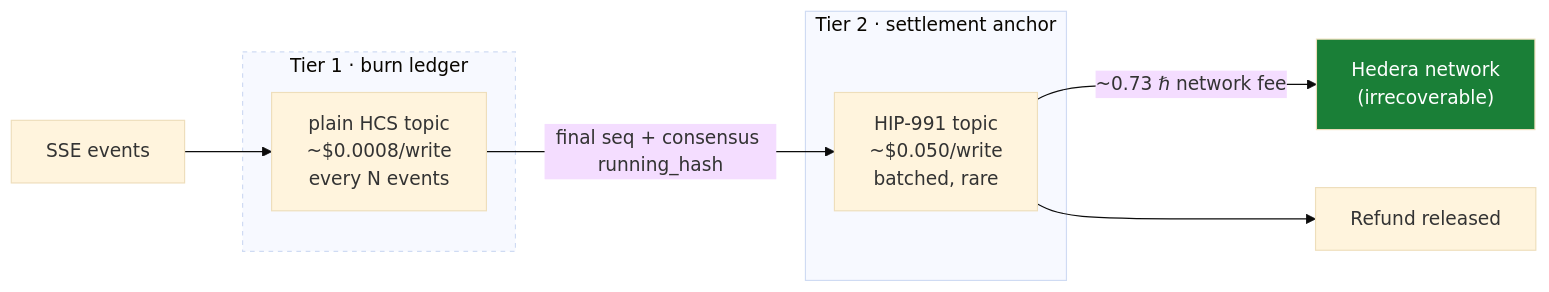
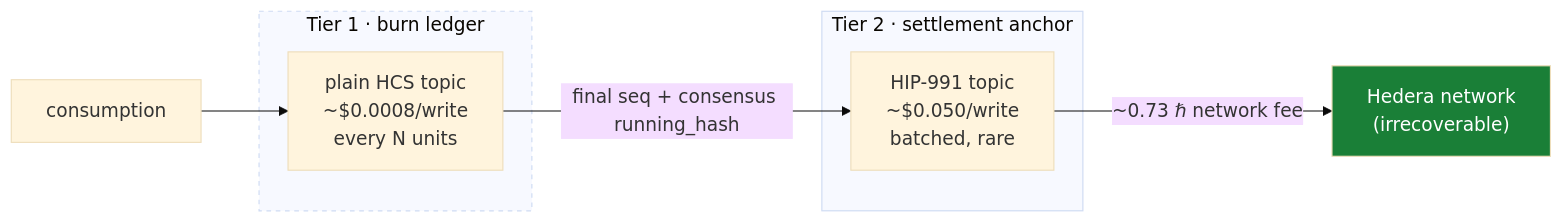
The second of 5 diagrams in README.md (hitakshiA/pinout), drawn with Mermaid (base theme) before and after one commit. The commit also changed other lines of this file and 2 other files, not shown here.

````diff
--- a/README.md
+++ b/README.md
@@ -93,16 +120,15 @@
 ```mermaid
 flowchart LR
     subgraph T1["Tier 1 · burn ledger"]
-        A["plain HCS topic<br/>~$0.0008/write<br/>every N events"]
+        A["plain HCS topic<br/>~$0.0008/write<br/>every N units"]
     end
     subgraph T2["Tier 2 · settlement anchor"]
         B["HIP-991 topic<br/>~$0.050/write<br/>batched, rare"]
     end
-    E[SSE events] --> A
+    E[consumption] --> A
     A -->|"final seq + consensus running_hash"| B
     B -->|"~0.73 ℏ network fee"| NET["Hedera network<br/>(irrecoverable)"]
-    B --> R[Refund released]
 
     style T1 stroke-dasharray: 4
     style NET fill:#1a7f37,color:#fff
 ```
````
